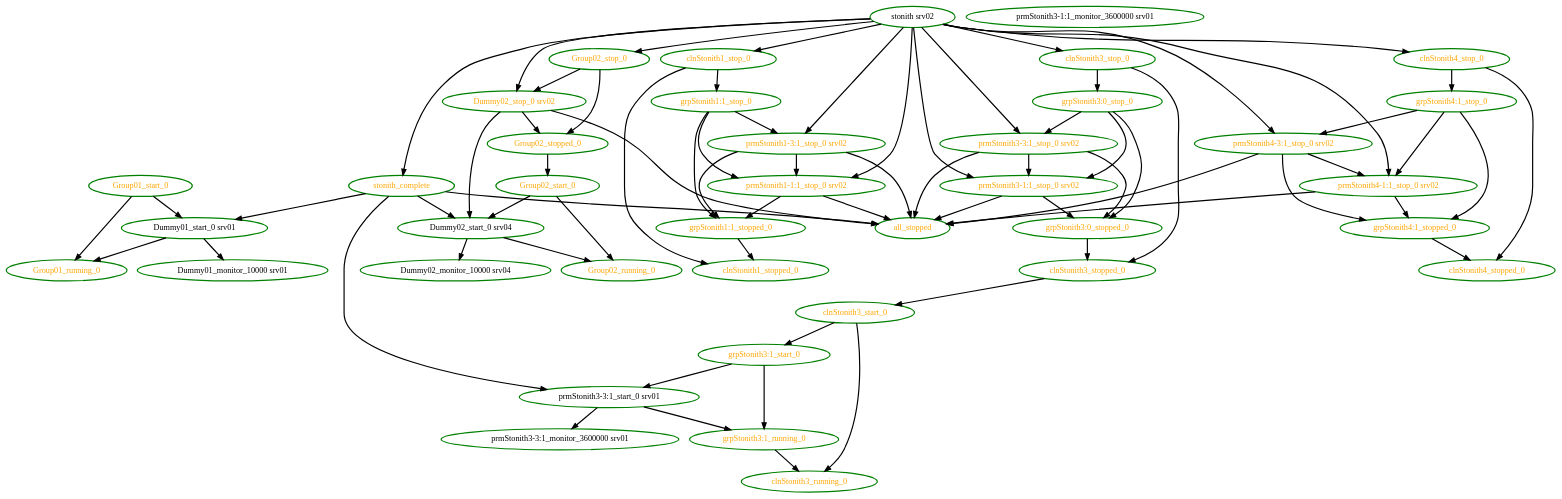
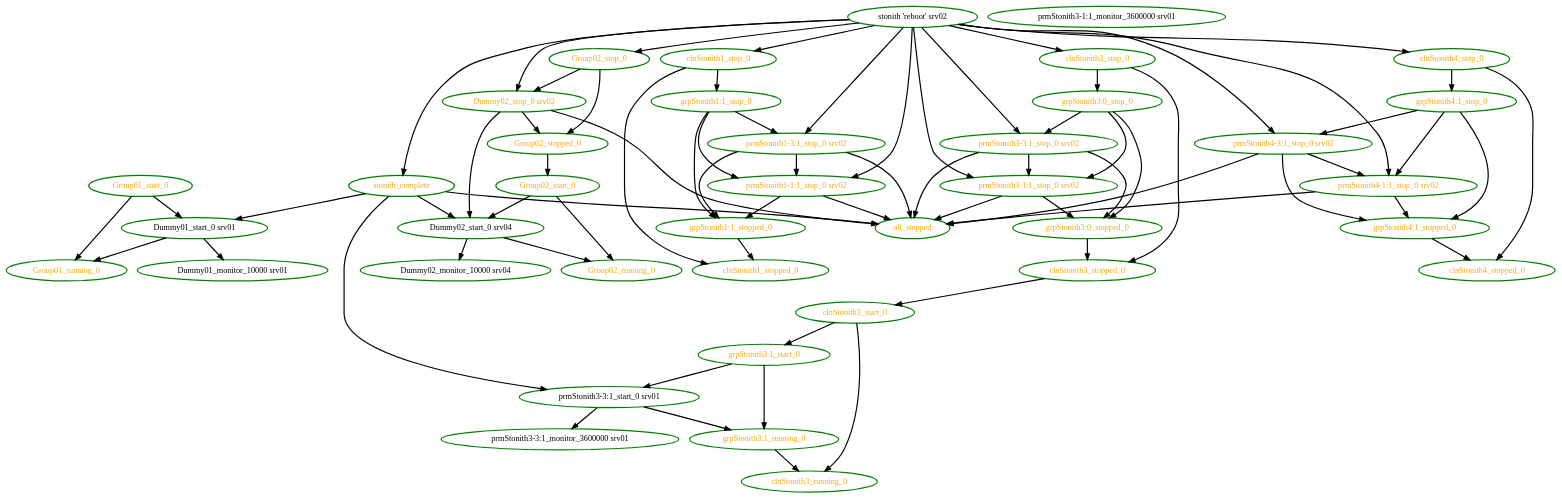
One commit to ClusterLabs/pacemaker changed the diagram in pengine/test10/bug-lf-2508.dot. Above: the diagram before and after it, drawn with Graphviz. The commit also changed 51 other files, not shown here.

Commit message:
Test: PE: Include stonith operation in .dot graph regression test results

```diff
--- a/pengine/test10/bug-lf-2508.dot
+++ b/pengine/test10/bug-lf-2508.dot
@@ -1,112 +1,112 @@
 digraph "g" {
 "Dummy01_monitor_10000 srv01" [ style=bold color="green" fontcolor="black" ]
 "Dummy01_start_0 srv01" -> "Dummy01_monitor_10000 srv01" [ style = bold]
 "Dummy01_start_0 srv01" -> "Group01_running_0" [ style = bold]
 "Dummy01_start_0 srv01" [ style=bold color="green" fontcolor="black" ]
 "Dummy02_monitor_10000 srv04" [ style=bold color="green" fontcolor="black" ]
 "Dummy02_start_0 srv04" -> "Dummy02_monitor_10000 srv04" [ style = bold]
 "Dummy02_start_0 srv04" -> "Group02_running_0" [ style = bold]
 "Dummy02_start_0 srv04" [ style=bold color="green" fontcolor="black" ]
 "Dummy02_stop_0 srv02" -> "Dummy02_start_0 srv04" [ style = bold]
 "Dummy02_stop_0 srv02" -> "Group02_stopped_0" [ style = bold]
 "Dummy02_stop_0 srv02" -> "all_stopped" [ style = bold]
 "Dummy02_stop_0 srv02" [ style=bold color="green" fontcolor="orange" ]
 "Group01_running_0" [ style=bold color="green" fontcolor="orange" ]
 "Group01_start_0" -> "Dummy01_start_0 srv01" [ style = bold]
 "Group01_start_0" -> "Group01_running_0" [ style = bold]
 "Group01_start_0" [ style=bold color="green" fontcolor="orange" ]
 "Group02_running_0" [ style=bold color="green" fontcolor="orange" ]
 "Group02_start_0" -> "Dummy02_start_0 srv04" [ style = bold]
 "Group02_start_0" -> "Group02_running_0" [ style = bold]
 "Group02_start_0" [ style=bold color="green" fontcolor="orange" ]
 "Group02_stop_0" -> "Dummy02_stop_0 srv02" [ style = bold]
 "Group02_stop_0" -> "Group02_stopped_0" [ style = bold]
 "Group02_stop_0" [ style=bold color="green" fontcolor="orange" ]
 "Group02_stopped_0" -> "Group02_start_0" [ style = bold]
 "Group02_stopped_0" [ style=bold color="green" fontcolor="orange" ]
 "all_stopped" [ style=bold color="green" fontcolor="orange" ]
 "clnStonith1_stop_0" -> "clnStonith1_stopped_0" [ style = bold]
 "clnStonith1_stop_0" -> "grpStonith1:1_stop_0" [ style = bold]
 "clnStonith1_stop_0" [ style=bold color="green" fontcolor="orange" ]
 "clnStonith1_stopped_0" [ style=bold color="green" fontcolor="orange" ]
 "clnStonith3_running_0" [ style=bold color="green" fontcolor="orange" ]
 "clnStonith3_start_0" -> "clnStonith3_running_0" [ style = bold]
 "clnStonith3_start_0" -> "grpStonith3:1_start_0" [ style = bold]
 "clnStonith3_start_0" [ style=bold color="green" fontcolor="orange" ]
 "clnStonith3_stop_0" -> "clnStonith3_stopped_0" [ style = bold]
 "clnStonith3_stop_0" -> "grpStonith3:0_stop_0" [ style = bold]
 "clnStonith3_stop_0" [ style=bold color="green" fontcolor="orange" ]
 "clnStonith3_stopped_0" -> "clnStonith3_start_0" [ style = bold]
 "clnStonith3_stopped_0" [ style=bold color="green" fontcolor="orange" ]
 "clnStonith4_stop_0" -> "clnStonith4_stopped_0" [ style = bold]
 "clnStonith4_stop_0" -> "grpStonith4:1_stop_0" [ style = bold]
 "clnStonith4_stop_0" [ style=bold color="green" fontcolor="orange" ]
 "clnStonith4_stopped_0" [ style=bold color="green" fontcolor="orange" ]
 "grpStonith1:1_stop_0" -> "grpStonith1:1_stopped_0" [ style = bold]
 "grpStonith1:1_stop_0" -> "prmStonith1-1:1_stop_0 srv02" [ style = bold]
 "grpStonith1:1_stop_0" -> "prmStonith1-3:1_stop_0 srv02" [ style = bold]
 "grpStonith1:1_stop_0" [ style=bold color="green" fontcolor="orange"]
 "grpStonith1:1_stopped_0" -> "clnStonith1_stopped_0" [ style = bold]
 "grpStonith1:1_stopped_0" [ style=bold color="green" fontcolor="orange"]
 "grpStonith3:0_stop_0" -> "grpStonith3:0_stopped_0" [ style = bold]
 "grpStonith3:0_stop_0" -> "prmStonith3-1:1_stop_0 srv02" [ style = bold]
 "grpStonith3:0_stop_0" -> "prmStonith3-3:1_stop_0 srv02" [ style = bold]
 "grpStonith3:0_stop_0" [ style=bold color="green" fontcolor="orange"]
 "grpStonith3:0_stopped_0" -> "clnStonith3_stopped_0" [ style = bold]
 "grpStonith3:0_stopped_0" [ style=bold color="green" fontcolor="orange"]
 "grpStonith3:1_running_0" -> "clnStonith3_running_0" [ style = bold]
 "grpStonith3:1_running_0" [ style=bold color="green" fontcolor="orange"]
 "grpStonith3:1_start_0" -> "grpStonith3:1_running_0" [ style = bold]
 "grpStonith3:1_start_0" -> "prmStonith3-3:1_start_0 srv01" [ style = bold]
 "grpStonith3:1_start_0" [ style=bold color="green" fontcolor="orange"]
 "grpStonith4:1_stop_0" -> "grpStonith4:1_stopped_0" [ style = bold]
 "grpStonith4:1_stop_0" -> "prmStonith4-1:1_stop_0 srv02" [ style = bold]
 "grpStonith4:1_stop_0" -> "prmStonith4-3:1_stop_0 srv02" [ style = bold]
 "grpStonith4:1_stop_0" [ style=bold color="green" fontcolor="orange"]
 "grpStonith4:1_stopped_0" -> "clnStonith4_stopped_0" [ style = bold]
 "grpStonith4:1_stopped_0" [ style=bold color="green" fontcolor="orange"]
 "prmStonith1-1:1_stop_0 srv02" -> "all_stopped" [ style = bold]
 "prmStonith1-1:1_stop_0 srv02" -> "grpStonith1:1_stopped_0" [ style = bold]
 "prmStonith1-1:1_stop_0 srv02" [ style=bold color="green" fontcolor="orange" ]
 "prmStonith1-3:1_stop_0 srv02" -> "all_stopped" [ style = bold]
 "prmStonith1-3:1_stop_0 srv02" -> "grpStonith1:1_stopped_0" [ style = bold]
 "prmStonith1-3:1_stop_0 srv02" -> "prmStonith1-1:1_stop_0 srv02" [ style = bold]
 "prmStonith1-3:1_stop_0 srv02" [ style=bold color="green" fontcolor="orange" ]
 "prmStonith3-1:1_monitor_3600000 srv01" [ style=bold color="green" fontcolor="black" ]
 "prmStonith3-1:1_stop_0 srv02" -> "all_stopped" [ style = bold]
 "prmStonith3-1:1_stop_0 srv02" -> "grpStonith3:0_stopped_0" [ style = bold]
 "prmStonith3-1:1_stop_0 srv02" [ style=bold color="green" fontcolor="orange"]
 "prmStonith3-3:1_monitor_3600000 srv01" [ style=bold color="green" fontcolor="black"]
 "prmStonith3-3:1_start_0 srv01" -> "grpStonith3:1_running_0" [ style = bold]
 "prmStonith3-3:1_start_0 srv01" -> "prmStonith3-3:1_monitor_3600000 srv01" [ style = bold]
 "prmStonith3-3:1_start_0 srv01" [ style=bold color="green" fontcolor="black"]
 "prmStonith3-3:1_stop_0 srv02" -> "all_stopped" [ style = bold]
 "prmStonith3-3:1_stop_0 srv02" -> "grpStonith3:0_stopped_0" [ style = bold]
 "prmStonith3-3:1_stop_0 srv02" -> "prmStonith3-1:1_stop_0 srv02" [ style = bold]
 "prmStonith3-3:1_stop_0 srv02" [ style=bold color="green" fontcolor="orange"]
 "prmStonith4-1:1_stop_0 srv02" -> "all_stopped" [ style = bold]
 "prmStonith4-1:1_stop_0 srv02" -> "grpStonith4:1_stopped_0" [ style = bold]
 "prmStonith4-1:1_stop_0 srv02" [ style=bold color="green" fontcolor="orange"]
 "prmStonith4-3:1_stop_0 srv02" -> "all_stopped" [ style = bold]
 "prmStonith4-3:1_stop_0 srv02" -> "grpStonith4:1_stopped_0" [ style = bold]
 "prmStonith4-3:1_stop_0 srv02" -> "prmStonith4-1:1_stop_0 srv02" [ style = bold]
 "prmStonith4-3:1_stop_0 srv02" [ style=bold color="green" fontcolor="orange"]
-"stonith srv02" -> "Dummy02_stop_0 srv02" [ style = bold]
-"stonith srv02" -> "Group02_stop_0" [ style = bold]
-"stonith srv02" -> "clnStonith1_stop_0" [ style = bold]
-"stonith srv02" -> "clnStonith3_stop_0" [ style = bold]
-"stonith srv02" -> "clnStonith4_stop_0" [ style = bold]
-"stonith srv02" -> "prmStonith1-1:1_stop_0 srv02" [ style = bold]
-"stonith srv02" -> "prmStonith1-3:1_stop_0 srv02" [ style = bold]
-"stonith srv02" -> "prmStonith3-1:1_stop_0 srv02" [ style = bold]
-"stonith srv02" -> "prmStonith3-3:1_stop_0 srv02" [ style = bold]
-"stonith srv02" -> "prmStonith4-1:1_stop_0 srv02" [ style = bold]
-"stonith srv02" -> "prmStonith4-3:1_stop_0 srv02" [ style = bold]
-"stonith srv02" -> "stonith_complete" [ style = bold]
-"stonith srv02" [ style=bold color="green" fontcolor="black" ]
+"stonith 'reboot' srv02" -> "Dummy02_stop_0 srv02" [ style = bold]
+"stonith 'reboot' srv02" -> "Group02_stop_0" [ style = bold]
+"stonith 'reboot' srv02" -> "clnStonith1_stop_0" [ style = bold]
+"stonith 'reboot' srv02" -> "clnStonith3_stop_0" [ style = bold]
+"stonith 'reboot' srv02" -> "clnStonith4_stop_0" [ style = bold]
+"stonith 'reboot' srv02" -> "prmStonith1-1:1_stop_0 srv02" [ style = bold]
+"stonith 'reboot' srv02" -> "prmStonith1-3:1_stop_0 srv02" [ style = bold]
+"stonith 'reboot' srv02" -> "prmStonith3-1:1_stop_0 srv02" [ style = bold]
+"stonith 'reboot' srv02" -> "prmStonith3-3:1_stop_0 srv02" [ style = bold]
+"stonith 'reboot' srv02" -> "prmStonith4-1:1_stop_0 srv02" [ style = bold]
+"stonith 'reboot' srv02" -> "prmStonith4-3:1_stop_0 srv02" [ style = bold]
+"stonith 'reboot' srv02" -> "stonith_complete" [ style = bold]
+"stonith 'reboot' srv02" [ style=bold color="green" fontcolor="black"]
 "stonith_complete" -> "Dummy01_start_0 srv01" [ style = bold]
 "stonith_complete" -> "Dummy02_start_0 srv04" [ style = bold]
 "stonith_complete" -> "all_stopped" [ style = bold]
 "stonith_complete" -> "prmStonith3-3:1_start_0 srv01" [ style = bold]
 "stonith_complete" [ style=bold color="green" fontcolor="orange" ]
 }
```
